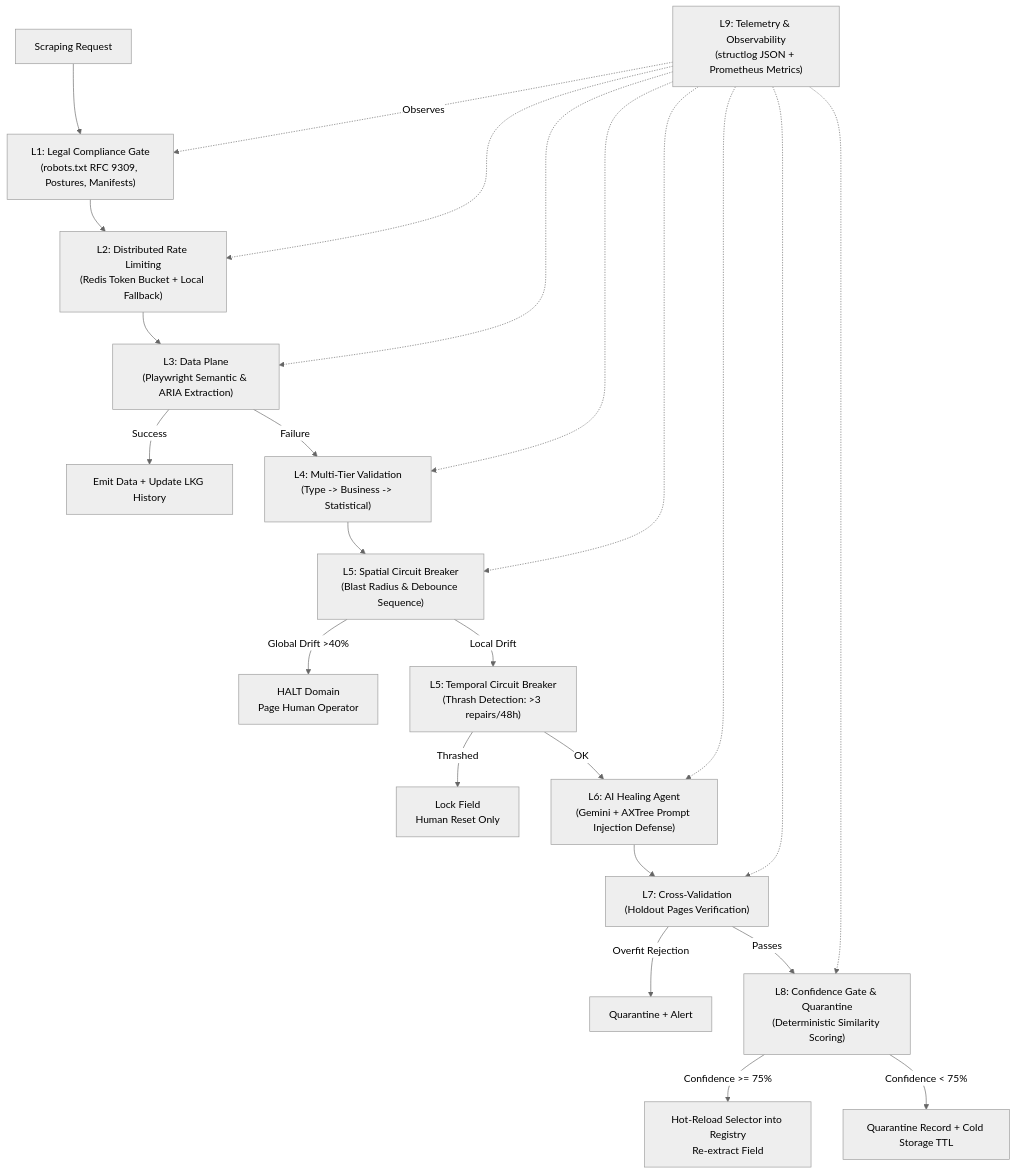
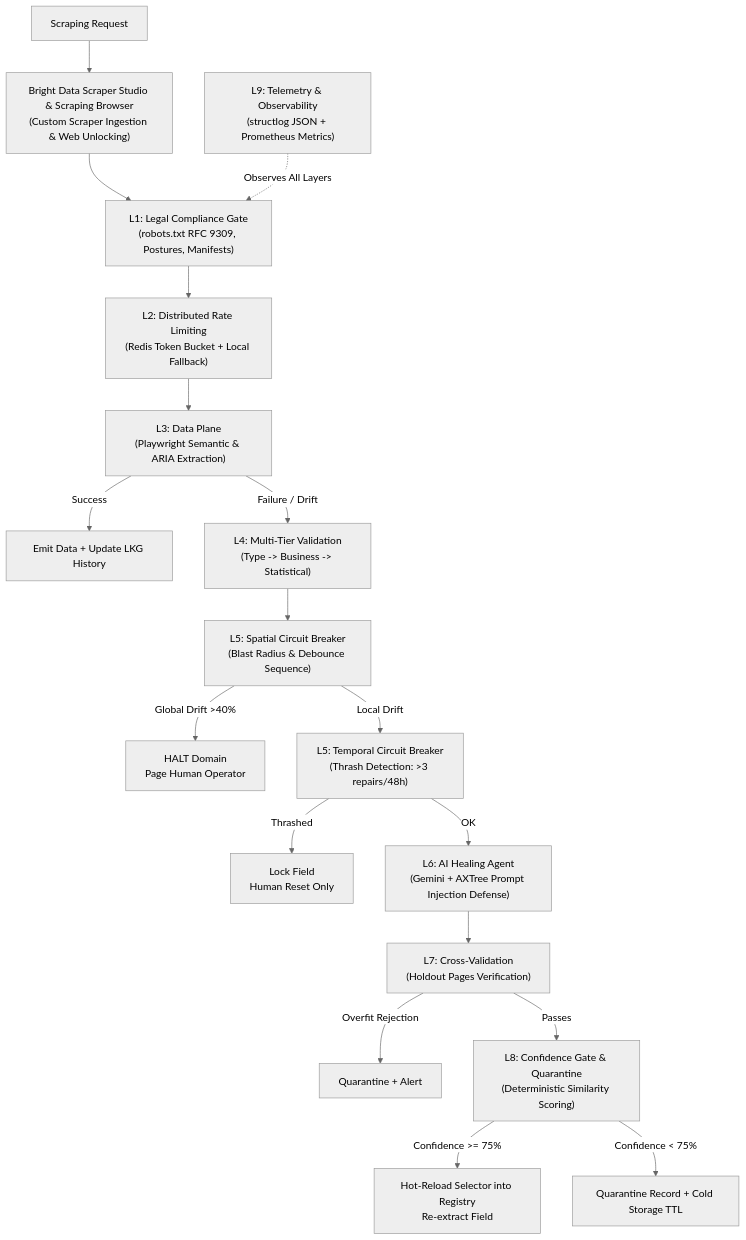
Before and after one commit to callbyIshant/self-healing-WebScarper: the diagram in README.md, drawn with Mermaid (neutral theme). The commit also changed other lines of this file and 5 other files, not shown here.

Commit message:
feat: add Bright Data Scraper Studio integration and hackathon submission assets

````diff
--- a/README.md
+++ b/README.md
@@ -15,26 +29,20 @@
 ```mermaid
 graph TD
-    REQ["Scraping Request"] --> L1["L1: Legal Compliance Gate<br/>(robots.txt RFC 9309, Postures, Manifests)"]
+    REQ["Scraping Request"] --> BD["Bright Data Scraper Studio & Scraping Browser<br/>(Custom Scraper Ingestion & Web Unlocking)"]
+    BD --> L1["L1: Legal Compliance Gate<br/>(robots.txt RFC 9309, Postures, Manifests)"]
     L1 --> L2["L2: Distributed Rate Limiting<br/>(Redis Token Bucket + Local Fallback)"]
     L2 --> L3["L3: Data Plane<br/>(Playwright Semantic & ARIA Extraction)"]
     L3 -->|Success| EMIT["Emit Data + Update LKG History"]
-    L3 -->|Failure| L4["L4: Multi-Tier Validation<br/>(Type -> Business -> Statistical)"]
+    L3 -->|Failure / Drift| L4["L4: Multi-Tier Validation<br/>(Type -> Business -> Statistical)"]
     L4 --> L5S["L5: Spatial Circuit Breaker<br/>(Blast Radius & Debounce Sequence)"]
     L5S -->|Global Drift >40%| HALT["HALT Domain<br/>Page Human Operator"]
     L5S -->|Local Drift| L5T["L5: Temporal Circuit Breaker<br/>(Thrash Detection: >3 repairs/48h)"]
     L5T -->|Thrashed| LOCK["Lock Field<br/>Human Reset Only"]
     L5T -->|OK| L6["L6: AI Healing Agent<br/>(Gemini + AXTree Prompt Injection Defense)"]
     L6 --> L7["L7: Cross-Validation<br/>(Holdout Pages Verification)"]
     L7 -->|Overfit Rejection| REJECT["Quarantine + Alert"]
     L7 -->|Passes| L8["L8: Confidence Gate & Quarantine<br/>(Deterministic Similarity Scoring)"]
     L8 -->|Confidence >= 75%| RELOAD["Hot-Reload Selector into Registry<br/>Re-extract Field"]
     L8 -->|Confidence < 75%| QUARANTINE["Quarantine Record + Cold Storage TTL"]
-    L9["L9: Telemetry & Observability<br/>(structlog JSON + Prometheus Metrics)"] -.->|Observes| L1
-    L9 -.-> L2
-    L9 -.-> L3
-    L9 -.-> L4
-    L9 -.-> L5S
-    L9 -.-> L6
-    L9 -.-> L7
-    L9 -.-> L8
+    L9["L9: Telemetry & Observability<br/>(structlog JSON + Prometheus Metrics)"] -.->|Observes All Layers| L1
 ```
````
